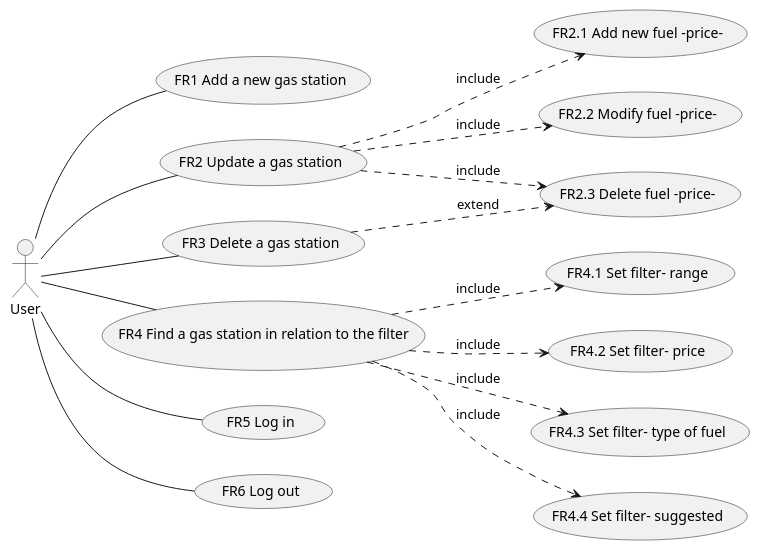
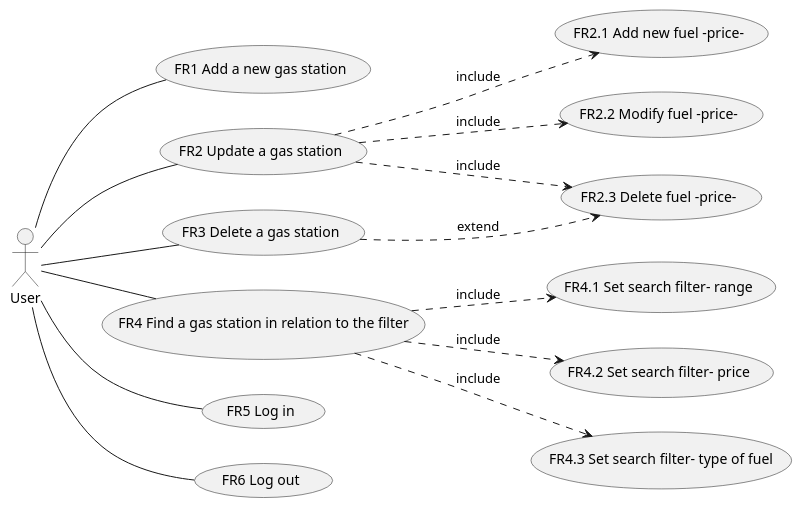
One commit to SoftengPoliTo/Lab2 changed the second of 3 diagrams in REQ_s234445.md. Above: the diagram before and after it, drawn with PlantUML. The commit also changed other lines of this file, not shown here.

````diff
--- a/REQ_s234445.md
+++ b/REQ_s234445.md
@@ -106,20 +123,19 @@
 ```plantuml
 left to right direction
 actor User as a
 a -- (FR1 Add a new gas station)
 (FR1 Add a new gas station)
 a -- (FR2 Update a gas station) 
 (FR2 Update a gas station) ..> (FR2.1 Add new fuel -price-) : include
 (FR2 Update a gas station) ..> (FR2.2 Modify fuel -price-) : include
 (FR2 Update a gas station) ..> (FR2.3 Delete fuel -price-) : include
 a -- (FR3 Delete a gas station)
 (FR3 Delete a gas station) ..> (FR2.3 Delete fuel -price-) : extend
 a -- (FR4 Find a gas station in relation to the filter)
-(FR4 Find a gas station in relation to the filter)..> (FR4.1 Set filter- range) : include
-(FR4 Find a gas station in relation to the filter)..> (FR4.2 Set filter- price) : include
-(FR4 Find a gas station in relation to the filter)..> (FR4.3 Set filter- type of fuel) : include
-(FR4 Find a gas station in relation to the filter)..> (FR4.4 Set filter- suggested): include
+(FR4 Find a gas station in relation to the filter)..> (FR4.1 Set search filter- range) : include
+(FR4 Find a gas station in relation to the filter)..> (FR4.2 Set search filter- price) : include
+(FR4 Find a gas station in relation to the filter)..> (FR4.3 Set search filter- type of fuel) : include
 a --(FR5 Log in)
 a --(FR6 Log out)
 
 ```
````
